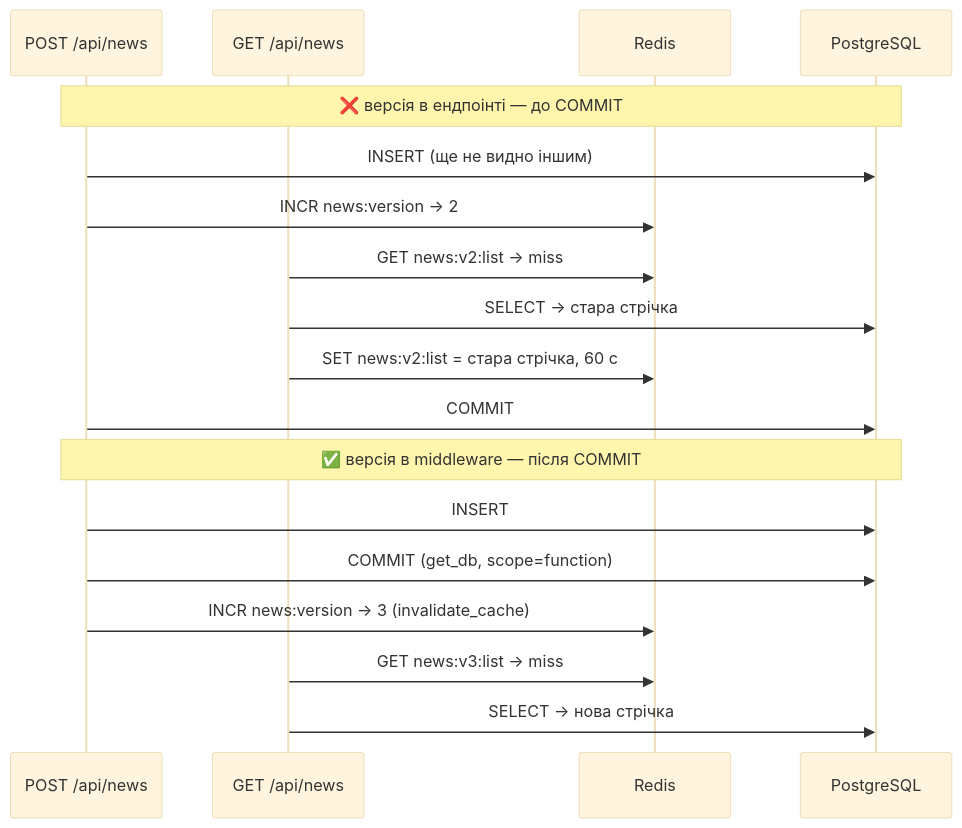
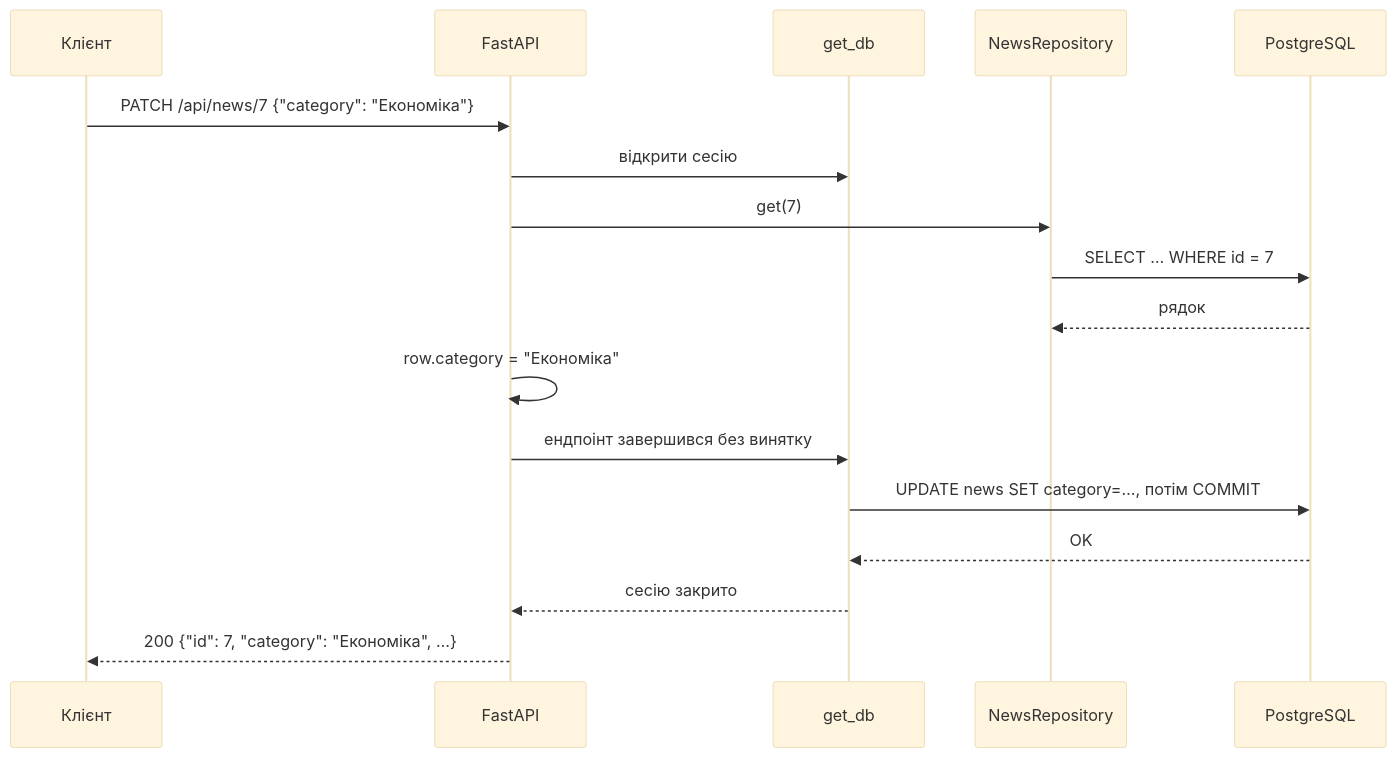
Before and after one commit to AlinaRadchenko/PY-Course-Victor-Nikoriak-22-09-2026: the second of 3 diagrams in docs/modules/m4/lesson_39.md, drawn with Mermaid (base theme). The commit also changed other lines of this file and 1846 other files, not shown here.

````diff
--- a/docs/modules/m4/lesson_39.md
+++ b/docs/modules/m4/lesson_39.md
@@ -223,21 +283,20 @@
 ```mermaid
 sequenceDiagram
-    participant W as POST /api/news
-    participant R as GET /api/news
-    participant C as Redis
+    participant C as Клієнт
+    participant F as FastAPI
+    participant G as get_db
+    participant R as NewsRepository
     participant DB as PostgreSQL
 
-    Note over W,DB: ❌ версія в ендпоінті — до COMMIT
-    W->>DB: INSERT (ще не видно іншим)
-    W->>C: INCR news:version → 2
-    R->>C: GET news:v2:list → miss
-    R->>DB: SELECT → стара стрічка
-    R->>C: SET news:v2:list = стара стрічка, 60 с
-    W->>DB: COMMIT
-    Note over W,DB: ✅ версія в middleware — після COMMIT
-    W->>DB: INSERT
-    W->>DB: COMMIT (get_db, scope=function)
-    W->>C: INCR news:version → 3 (invalidate_cache)
-    R->>C: GET news:v3:list → miss
-    R->>DB: SELECT → нова стрічка
+    C->>F: PATCH /api/news/7 {"category": "Економіка"}
+    F->>G: відкрити сесію
+    F->>R: get(7)
+    R->>DB: SELECT … WHERE id = 7
+    DB-->>R: рядок
+    F->>F: row.category = "Економіка"
+    F->>G: ендпоінт завершився без винятку
+    G->>DB: UPDATE news SET category=…, потім COMMIT
+    DB-->>G: OK
+    G-->>F: сесію закрито
+    F-->>C: 200 {"id": 7, "category": "Економіка", …}
 ```
````
